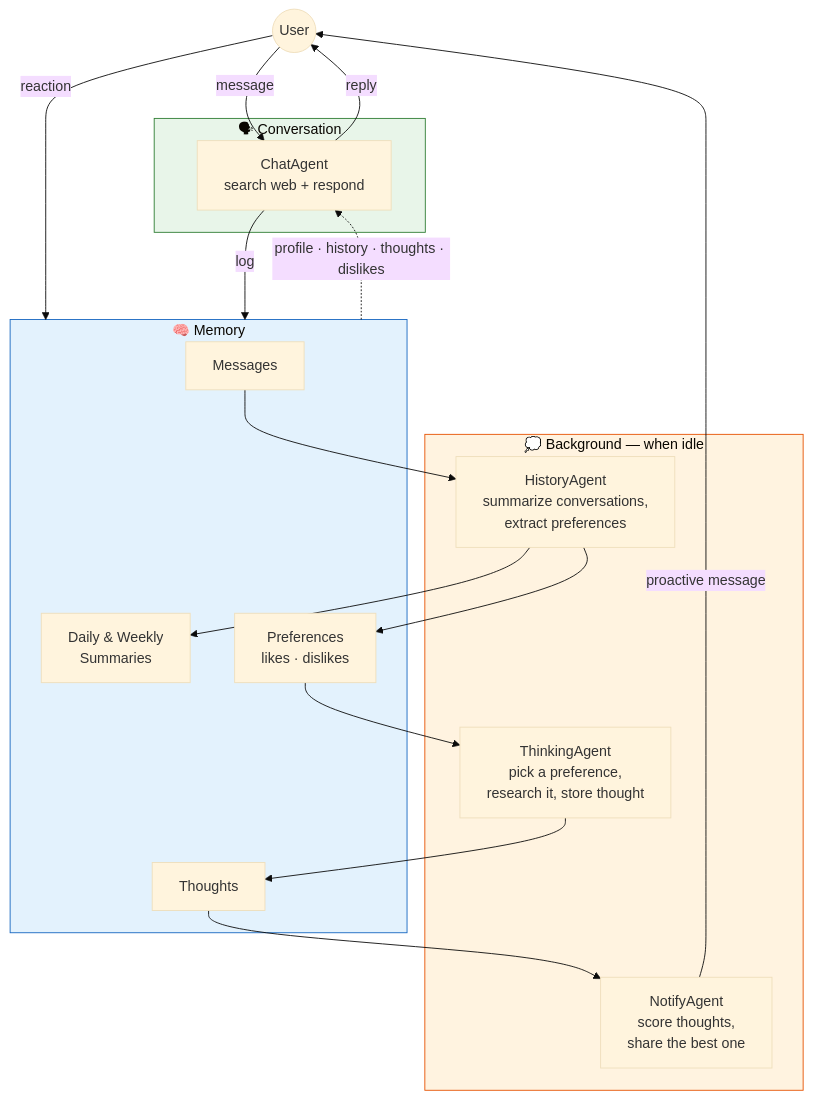
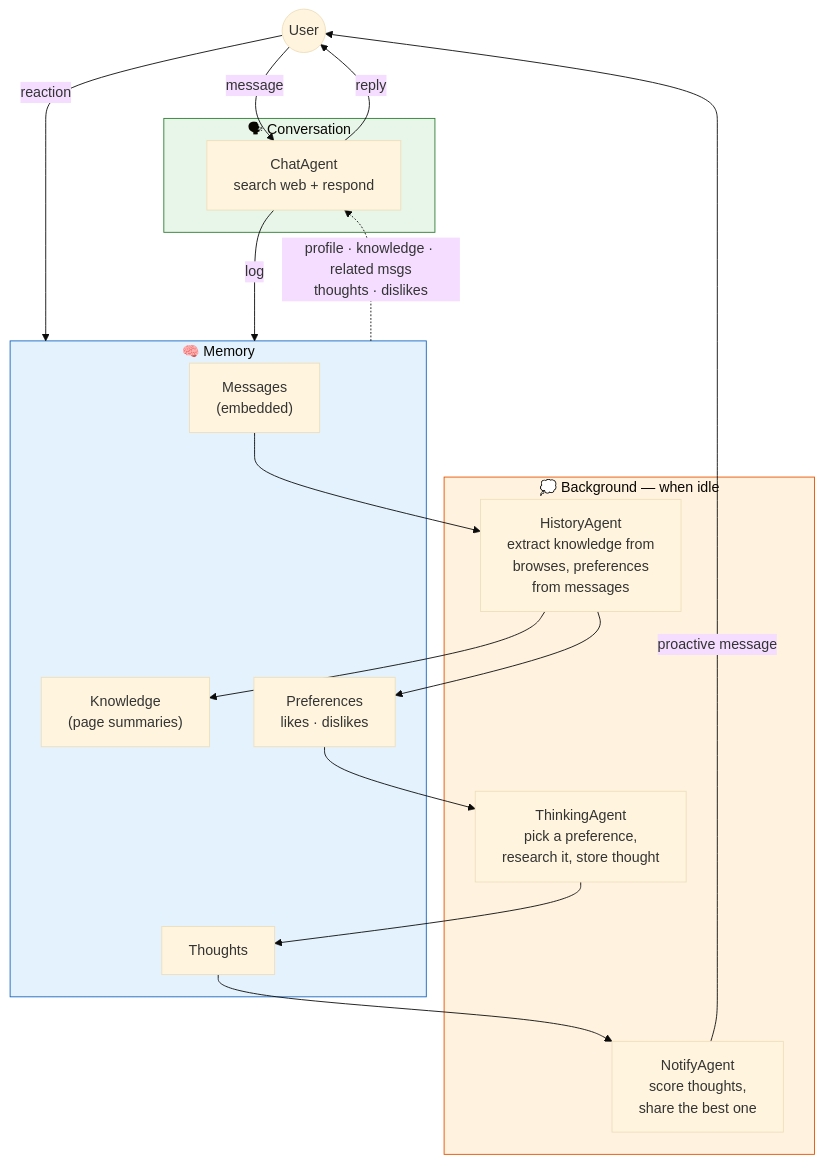
The diagram in README.md (jaredlockhart/penny), drawn with Mermaid (base theme) before and after one commit. The commit also changed other lines of this file, not shown here.

First line of the commit message:
README: comprehensive refresh — fix stale memory model, env vars, commands

````diff
--- a/README.md
+++ b/README.md
@@ -78,38 +88,38 @@
 ```mermaid
 flowchart TB
     User((User)) -->|message| Chat
     User -->|reaction| Memory
 
     subgraph Conversation["🗣 Conversation"]
         Chat[ChatAgent<br>search web + respond]
     end
 
-    Memory -.->|"profile · history · thoughts · dislikes"| Chat
+    Memory -.->|"profile · knowledge · related msgs<br>thoughts · dislikes"| Chat
     Chat -->|reply| User
     Chat -->|log| Memory
 
     subgraph Memory["🧠 Memory"]
-        Messages[Messages]
-        Summaries["Daily & Weekly<br>Summaries"]
+        Messages["Messages<br>(embedded)"]
+        Knowledge["Knowledge<br>(page summaries)"]
         Preferences["Preferences<br>likes · dislikes"]
         Thoughts[Thoughts]
     end
 
     subgraph Background["💭 Background — when idle"]
-        History["HistoryAgent<br>summarize conversations,<br>extract preferences"]
+        History["HistoryAgent<br>extract knowledge from<br>browses, preferences<br>from messages"]
         Thinking["ThinkingAgent<br>pick a preference,<br>research it, store thought"]
         Notify["NotifyAgent<br>score thoughts,<br>share the best one"]
     end
 
     Messages --> History
-    History --> Summaries
+    History --> Knowledge
     History --> Preferences
     Preferences --> Thinking
     Thinking --> Thoughts
     Thoughts --> Notify
     Notify -->|proactive message| User
 
     style Conversation fill:#e8f5e9,stroke:#2e7d32
     style Memory fill:#e3f2fd,stroke:#1565c0
     style Background fill:#fff3e0,stroke:#e65100
 ```
````
